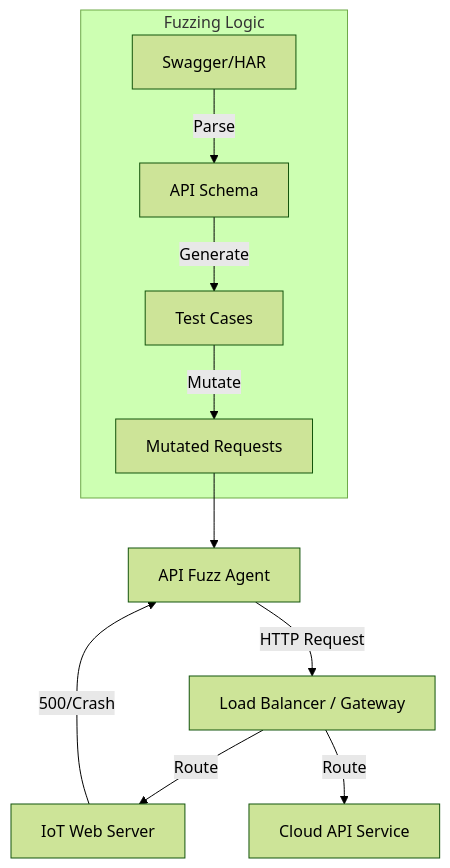
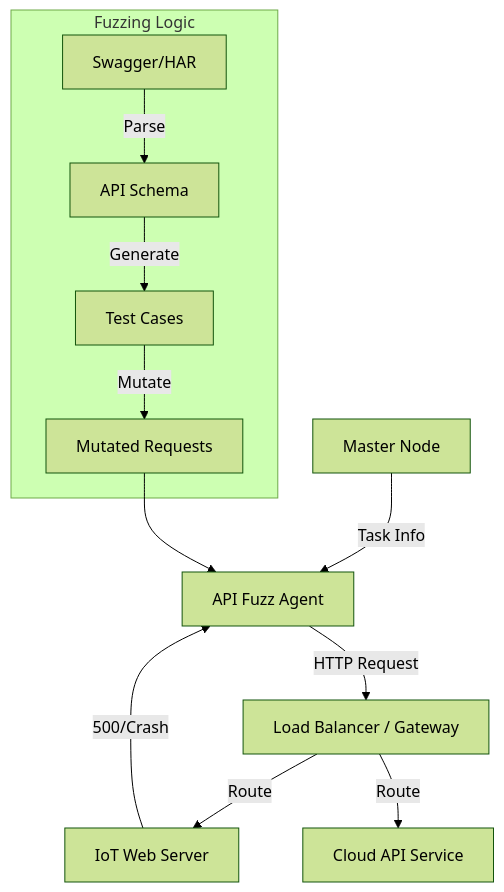
One commit to Logic70/FuzzFactory-WrightwithAI- changed the diagram in docs/design/SF03_APIFuzz.md. Above: the diagram before and after it, drawn with Mermaid (forest theme). The commit also changed 4 other files, not shown here.

Commit message:
Refactor: Align System Context diagrams across HLD and LLD

````diff
--- a/docs/design/SF03_APIFuzz.md
+++ b/docs/design/SF03_APIFuzz.md
@@ -7,15 +7,16 @@
 ```mermaid
 graph TD
-    Agent[API Fuzz Agent] -->|HTTP Request| LB[Load Balancer / Gateway]
+    Master[Master Node] -->|Task Info| Agent[API Fuzz Agent]
+    Agent -->|HTTP Request| LB[Load Balancer / Gateway]
     LB -->|Route| WebServer[IoT Web Server]
     LB -->|Route| CloudAPI[Cloud API Service]
     
     subgraph "Fuzzing Logic"
         Input[Swagger/HAR] -->|Parse| Schema[API Schema]
         Schema -->|Generate| Cases[Test Cases]
         Cases -->|Mutate| Req[Mutated Requests]
     end
     
     Req --> Agent
     WebServer -->|500/Crash| Agent
 ```
````
